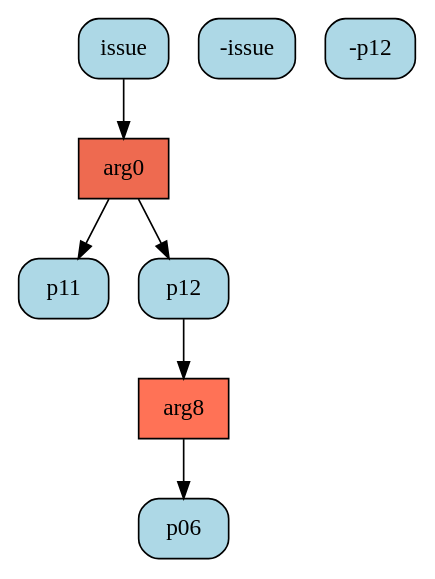
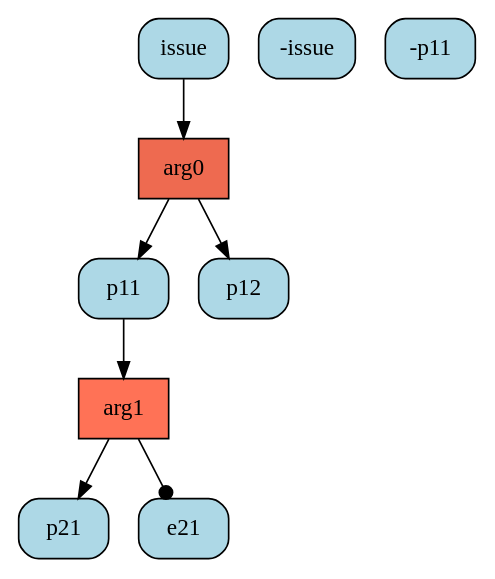
Before and after one commit to goweiting/carneades-ext: the diagram in system/dot/deep1vs1/1_0-1.dot, drawn with Graphviz. The commit also changed 38 other files, not shown here.

```diff
--- a/system/dot/deep1vs1/1_0-1.dot
+++ b/system/dot/deep1vs1/1_0-1.dot
@@ -1,15 +1,17 @@
 digraph G{ 
 "arg0" [color="black", fillcolor="coral2",fixedsize=false, shape=box, style="filled"]; 
 "issue" [color="black", fillcolor="lightblue", fixedsize=false,  shape="box", style="rounded,filled"]; 
 "-issue" [color="black", fillcolor="lightblue", fixedsize=false,  shape="box", style="rounded,filled"]; 
 "p11" [color="black", fillcolor="lightblue", fixedsize=false,  shape="box", style="rounded,filled"]; 
 "p12" [color="black", fillcolor="lightblue", fixedsize=false,  shape="box", style="rounded,filled"]; 
-"arg8" [color="black", fillcolor="coral1",fixedsize=false, shape=box, style="filled"]; 
-"-p12" [color="black", fillcolor="lightblue", fixedsize=false,  shape="box", style="rounded,filled"]; 
-"p06" [color="black", fillcolor="lightblue", fixedsize=false,  shape="box", style="rounded,filled"]; 
+"arg1" [color="black", fillcolor="coral1",fixedsize=false, shape=box, style="filled"]; 
+"-p11" [color="black", fillcolor="lightblue", fixedsize=false,  shape="box", style="rounded,filled"]; 
+"p21" [color="black", fillcolor="lightblue", fixedsize=false,  shape="box", style="rounded,filled"]; 
+"e21" [color="black", fillcolor="lightblue", fixedsize=false,  shape="box", style="rounded,filled"]; 
 "issue" -> "arg0" ; 
 "arg0" -> "p11" ; 
 "arg0" -> "p12" ; 
-"p12" -> "arg8" ; 
-"arg8" -> "p06" ; 
+"p11" -> "arg1" ; 
+"arg1" -> "p21" ; 
+"arg1" -> "e21" [arrowhead=dot] ; 
 }
```
